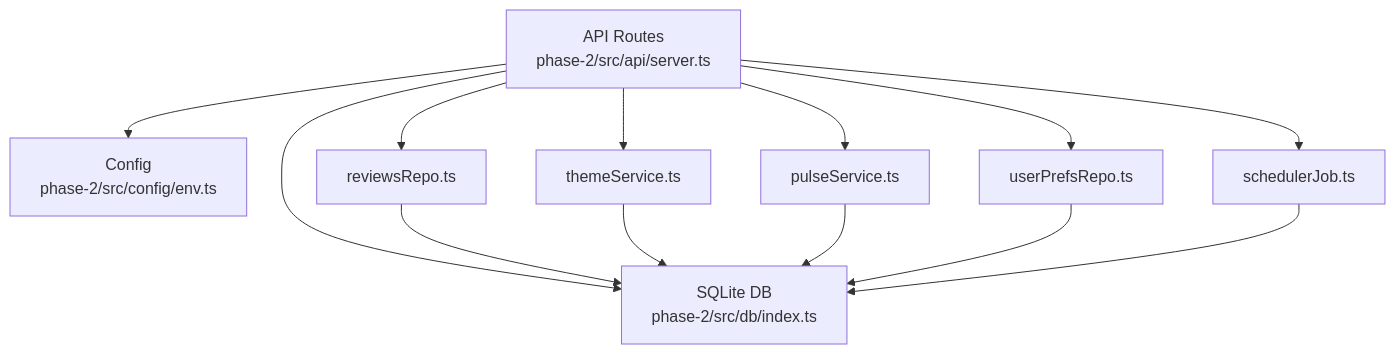
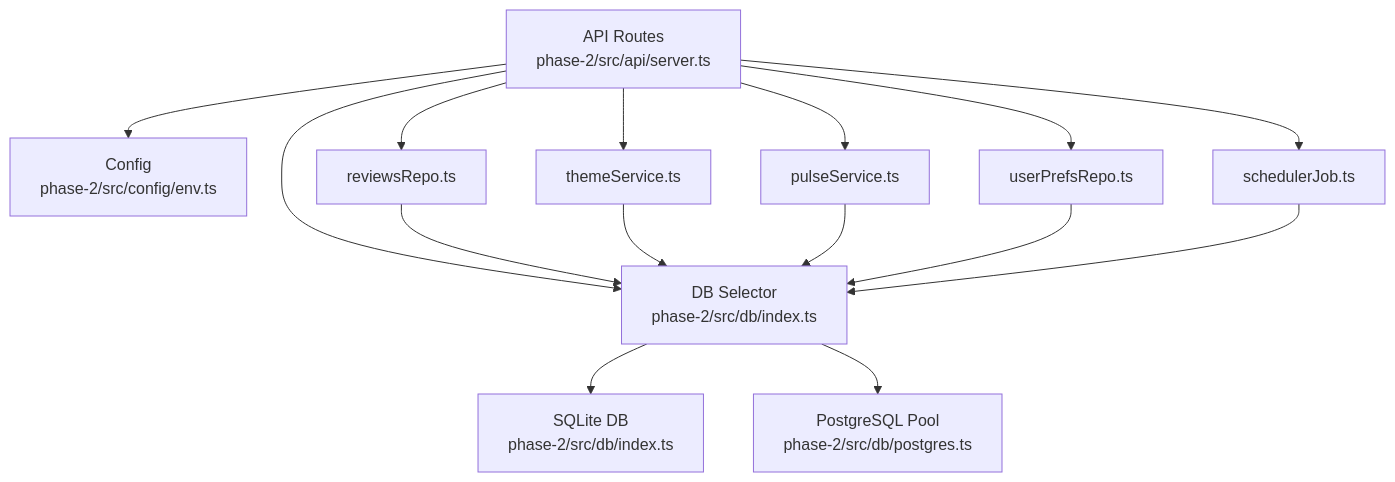
The second of 8 diagrams in .qoder/repowiki/en/content/Phase 1_ Review Scraper/Database Layer.md (aravinthraj-ramalingam/Groww-App-Review-Insights-Analyzer-), drawn with Mermaid before and after one commit. The commit also changed other lines of this file and 7 other files, not shown here.

````diff
--- a/.qoder/repowiki/en/content/Phase 1_ Review Scraper/Database Layer.md
+++ b/.qoder/repowiki/en/content/Phase 1_ Review Scraper/Database Layer.md
@@ -113,23 +150,27 @@
 ```mermaid
 graph TB
 API["API Routes<br/>phase-2/src/api/server.ts"]
 CFG["Config<br/>phase-2/src/config/env.ts"]
-DB["SQLite DB<br/>phase-2/src/db/index.ts"]
+DB_INDEX["DB Selector<br/>phase-2/src/db/index.ts"]
+DB_SQLITE["SQLite DB<br/>phase-2/src/db/index.ts"]
+DB_PG["PostgreSQL Pool<br/>phase-2/src/db/postgres.ts"]
 REV_REPO["reviewsRepo.ts"]
 THEME_SVC["themeService.ts"]
 PULSE_SVC["pulseService.ts"]
 PREF_SVC["userPrefsRepo.ts"]
 SCHED_JOB["schedulerJob.ts"]
 API --> CFG
-API --> DB
+API --> DB_INDEX
+DB_INDEX --> DB_SQLITE
+DB_INDEX --> DB_PG
 API --> REV_REPO
 API --> THEME_SVC
 API --> PULSE_SVC
 API --> PREF_SVC
 API --> SCHED_JOB
-REV_REPO --> DB
-THEME_SVC --> DB
-PULSE_SVC --> DB
-PREF_SVC --> DB
-SCHED_JOB --> DB
+REV_REPO --> DB_INDEX
+THEME_SVC --> DB_INDEX
+PULSE_SVC --> DB_INDEX
+PREF_SVC --> DB_INDEX
+SCHED_JOB --> DB_INDEX
 ```
````
